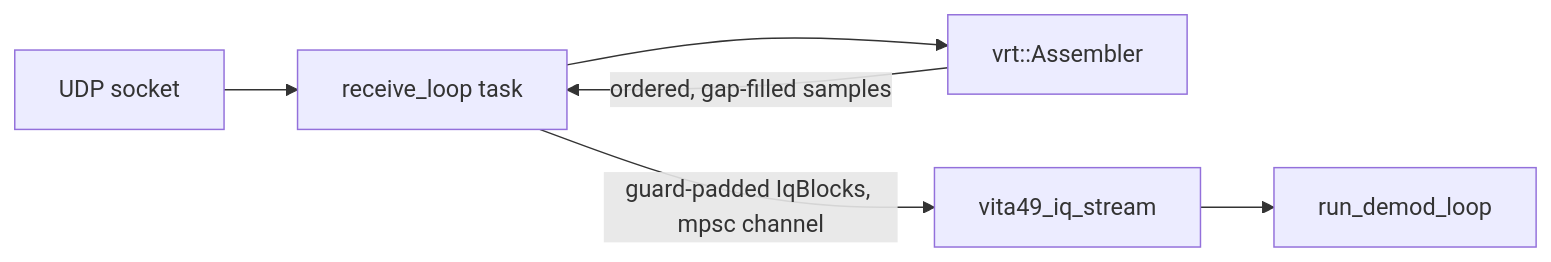
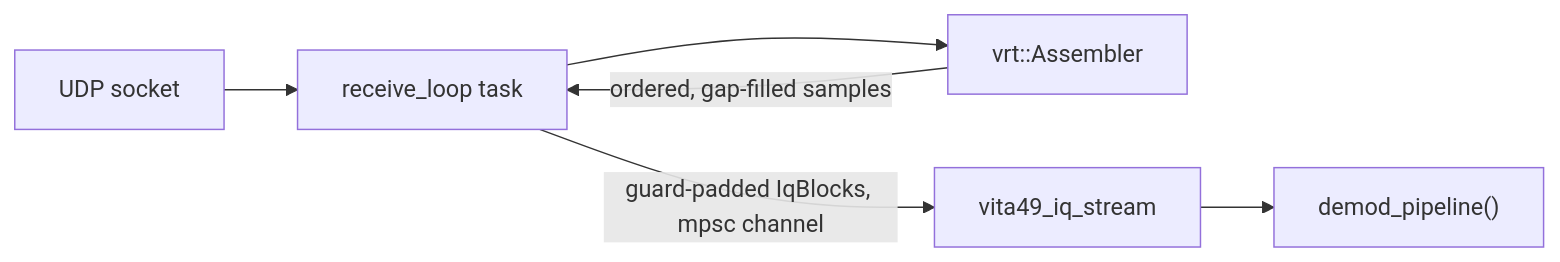
One commit to bts164/ADSB-Decoder changed the second of 2 diagrams in doc/design/vita49-format.md. Above: the diagram before and after it, drawn with Mermaid. The commit also changed other lines of this file and 69 other files, not shown here.

````diff
--- a/doc/design/vita49-format.md
+++ b/doc/design/vita49-format.md
@@ -224,8 +247,8 @@
 ```mermaid
 flowchart LR
     UDP[UDP socket] --> RX[receive_loop task]
     RX --> ASM[vrt::Assembler]
     ASM -->|ordered, gap-filled samples| RX
     RX -->|guard-padded IqBlocks, mpsc channel| GEN[vita49_iq_stream]
-    GEN --> LOOP[run_demod_loop]
+    GEN --> LOOP["demod_pipeline()"]
 ```
````
